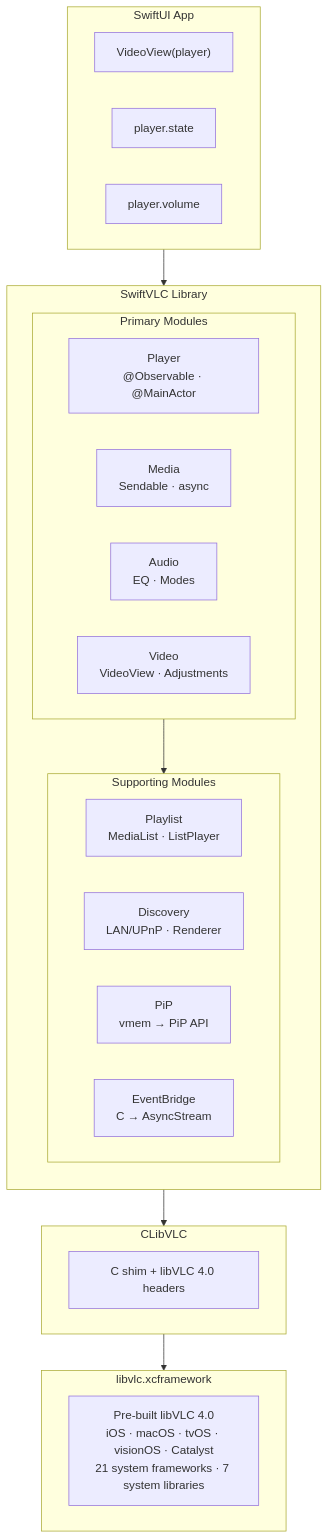
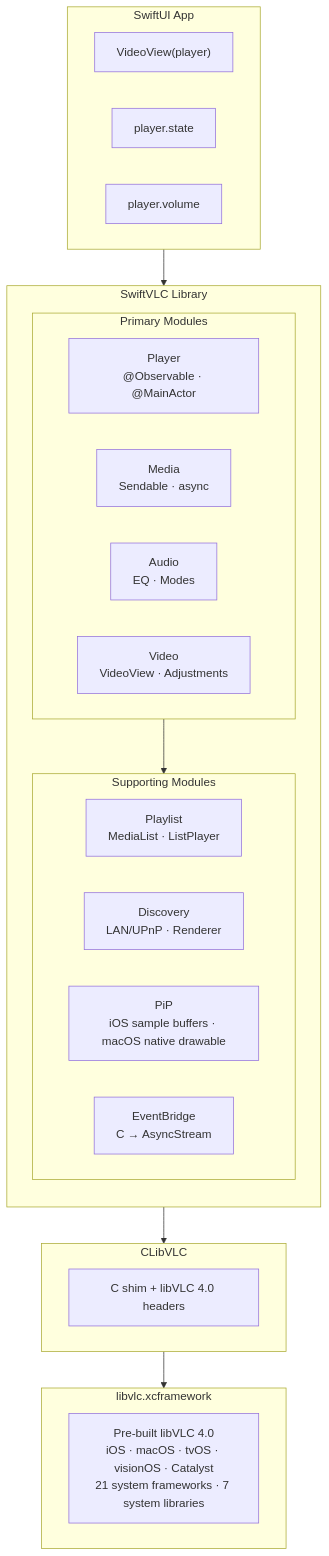
Before and after one commit to harflabs/SwiftVLC: the first of 7 diagrams in ARCHITECTURE.md, drawn with Mermaid. The commit also changed other lines of this file and 25 other files, not shown here.

````diff
--- a/ARCHITECTURE.md
+++ b/ARCHITECTURE.md
@@ -32,37 +32,37 @@
 ```mermaid
 flowchart TB
     subgraph App["SwiftUI App"]
         VV["VideoView(player)"]
         PS["player.state"]
         PV["player.volume"]
     end
 
     subgraph SwiftVLC["SwiftVLC Library"]
         direction TB
         subgraph Top["Primary Modules"]
             Player["Player<br/>@Observable · @MainActor"]
             Media["Media<br/>Sendable · async"]
             Audio["Audio<br/>EQ · Modes"]
             Video["Video<br/>VideoView · Adjustments"]
         end
         subgraph Bottom["Supporting Modules"]
             Playlist["Playlist<br/>MediaList · ListPlayer"]
             Discovery["Discovery<br/>LAN/UPnP · Renderer"]
-            PiP["PiP<br/>vmem → PiP API"]
+            PiP["PiP<br/>iOS sample buffers · macOS native drawable"]
             EventBridge["EventBridge<br/>C → AsyncStream"]
         end
     end
 
     subgraph CLibVLC["CLibVLC"]
         Shim["C shim + libVLC 4.0 headers"]
     end
 
     subgraph XCF["libvlc.xcframework"]
         Binary["Pre-built libVLC 4.0<br/>iOS · macOS · tvOS · visionOS · Catalyst<br/>21 system frameworks · 7 system libraries"]
     end
 
     App --> SwiftVLC
     Top --> Bottom
     SwiftVLC --> CLibVLC
     CLibVLC --> XCF
 ```
````
